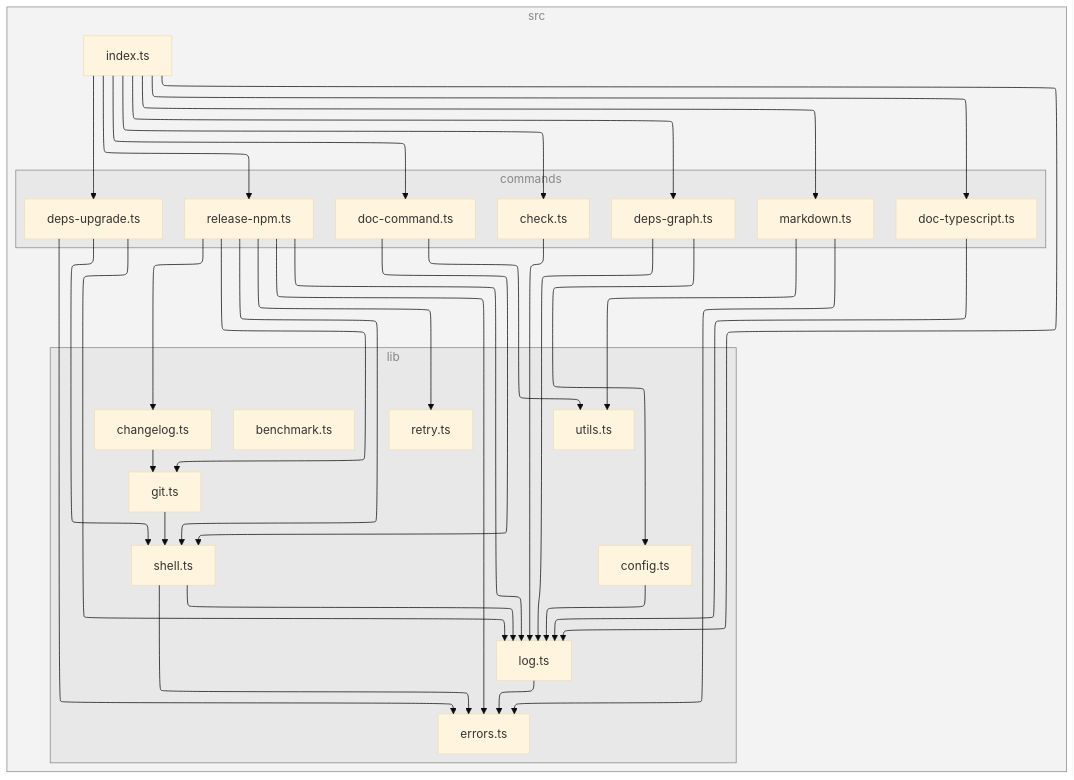
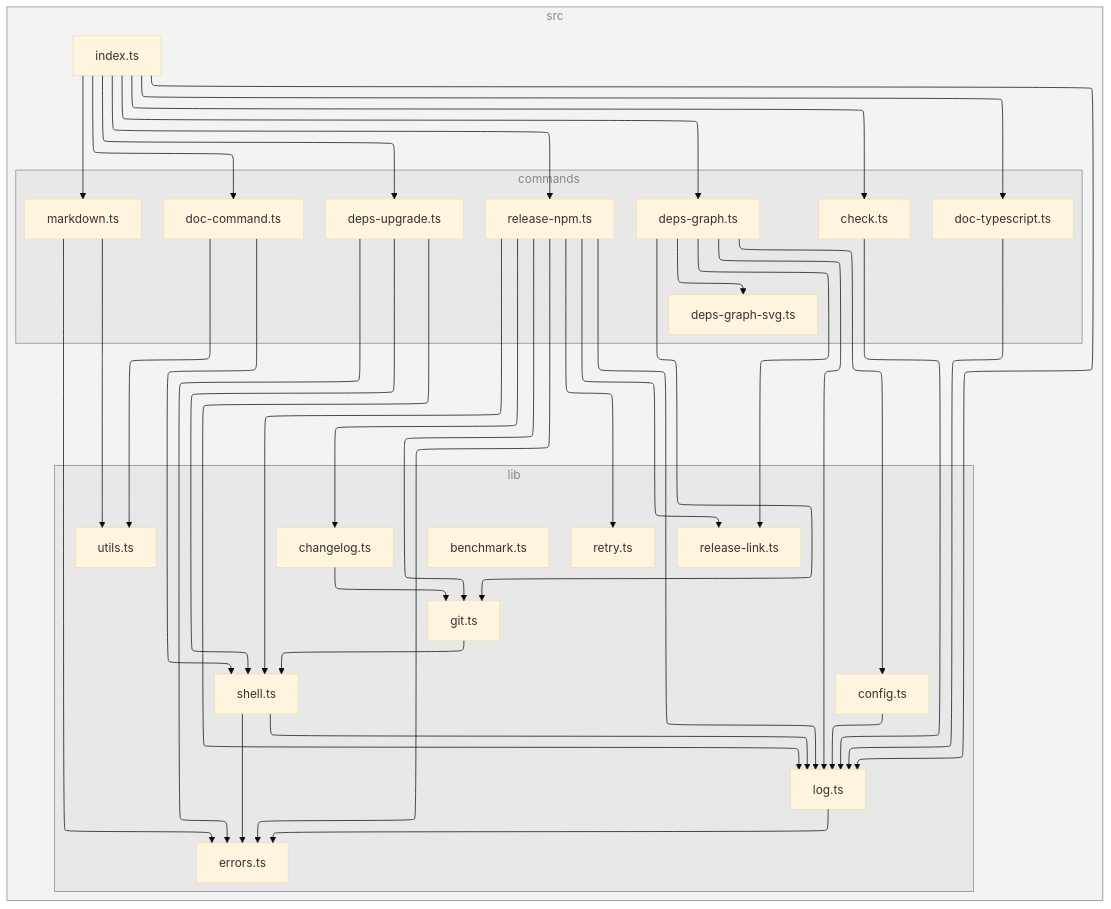
One commit to versatiles-org/node-release-tool changed the diagram in README.md. Above: the diagram before and after it, drawn with Mermaid (base theme). The commit also changed other lines of this file and 12 other files, not shown here.

First line of the commit message:
feat: add SVG output option for dependency graph generation

````diff
--- a/README.md
+++ b/README.md
@@ -281,65 +303,71 @@
 ```mermaid
 ---
 config:
   layout: elk
 ---
 flowchart TB
 
 subgraph 0["src"]
 subgraph 1["commands"]
 2["check.ts"]
-6["deps-graph.ts"]
-8["deps-upgrade.ts"]
-A["doc-command.ts"]
-C["doc-typescript.ts"]
-D["markdown.ts"]
-E["release-npm.ts"]
+6["deps-graph-svg.ts"]
+7["deps-graph.ts"]
+C["deps-upgrade.ts"]
+D["doc-command.ts"]
+F["doc-typescript.ts"]
+G["markdown.ts"]
+H["release-npm.ts"]
 end
 subgraph 3["lib"]
 4["log.ts"]
 5["errors.ts"]
-7["config.ts"]
-9["shell.ts"]
-B["utils.ts"]
-F["changelog.ts"]
-G["git.ts"]
-H["retry.ts"]
-J["benchmark.ts"]
+8["config.ts"]
+9["git.ts"]
+A["shell.ts"]
+B["release-link.ts"]
+E["utils.ts"]
+I["changelog.ts"]
+J["retry.ts"]
+L["benchmark.ts"]
 end
-I["index.ts"]
+K["index.ts"]
 end
 2-->4
 4-->5
-6-->7
-6-->4
+7-->8
+7-->9
 7-->4
-8-->5
+7-->B
+7-->6
 8-->4
-8-->9
-9-->5
-9-->4
-A-->9
-A-->B
+9-->A
+A-->5
+A-->4
+C-->5
 C-->4
-D-->5
-D-->B
-E-->F
-E-->5
-E-->G
-E-->4
-E-->H
-E-->9
-F-->G
-G-->9
-I-->2
-I-->6
-I-->8
-I-->A
-I-->C
-I-->D
-I-->E
-I-->4
+C-->A
+D-->A
+D-->E
+F-->4
+G-->5
+G-->E
+H-->I
+H-->5
+H-->9
+H-->4
+H-->B
+H-->J
+H-->A
+I-->9
+K-->2
+K-->7
+K-->C
+K-->D
+K-->F
+K-->G
+K-->H
+K-->4
 
 class 0,1,3 subgraphs;
 classDef subgraphs fill-opacity:0.1, fill:#888, color:#888, stroke:#888;
 ```
````
